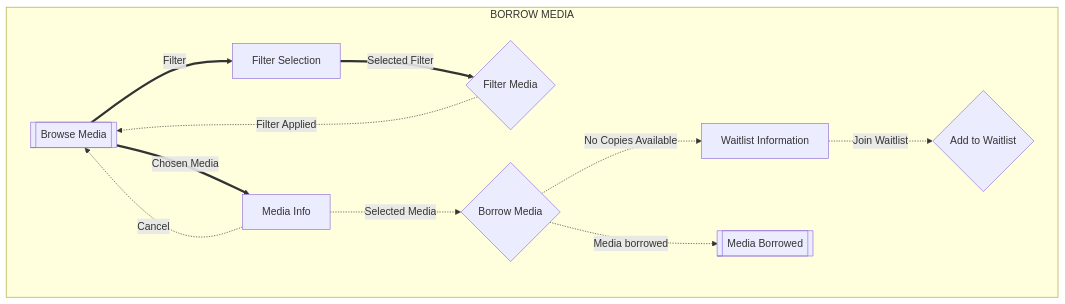
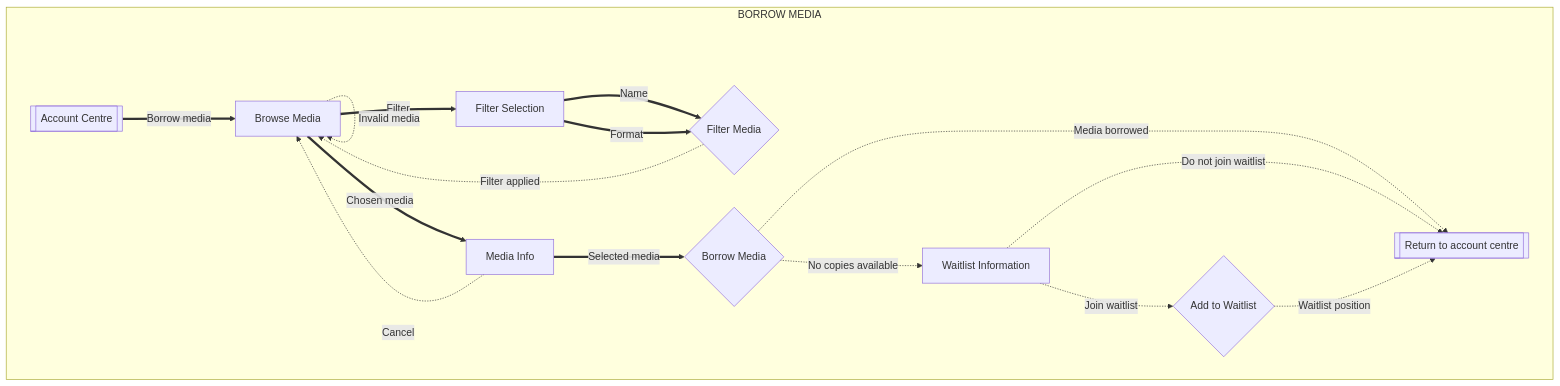
One commit to samanthaegilson/LibrarySystem changed the second of 6 diagrams in README.md. Above: the diagram before and after it, drawn with Mermaid. The commit also changed other lines of this file and 31 other files, not shown here.

````diff
--- a/README.md
+++ b/README.md
@@ -67,30 +68,37 @@
 ```mermaid
 flowchart
     subgraph BORROW MEDIA
+        accountCentre[[Account Centre]]
         %% Account for constraints?
-        browseMedia[[Browse Media]]
+        browseMedia[Browse Media]
+        
+        accountCentre ==Borrow media==> browseMedia
         
         filterSelection[Filter Selection]
         filterMedia{Filter Media}
         
         browseMedia ==Filter==> filterSelection
-        filterSelection==Selected Filter==> filterMedia
-        filterMedia-.Filter Applied.->browseMedia
-        browseMedia ==Chosen Media==> mediaInfo
+        browseMedia -.Invalid media.-> browseMedia
+        filterSelection ==Name==> filterMedia
+        filterSelection ==Format==> filterMedia
+        filterMedia -.Filter applied.-> browseMedia
+        browseMedia ==Chosen media==> mediaInfo
         
         mediaInfo[Media Info]
         borrowMedia{Borrow Media}
-        mediaBorrowed[[Media Borrowed]]
+        returnAccountCentre[[Return to account centre]]
         
-        mediaInfo-.Cancel.->browseMedia
-        mediaInfo-.Selected Media.->borrowMedia
-        borrowMedia-.No Copies Available.->waitlistInformation
-        borrowMedia-.Media borrowed.-> mediaBorrowed
+        mediaInfo -.Cancel.-> browseMedia
+        mediaInfo ==Selected media==> borrowMedia
+        borrowMedia -.No copies available.-> waitlistInformation
+        borrowMedia -.Media borrowed.-> returnAccountCentre
 
         waitlistInformation[Waitlist Information]
         addToWaitlist{Add to Waitlist}
         
-        waitlistInformation-.Join Waitlist.-> addToWaitlist
+        waitlistInformation -.Join waitlist.-> addToWaitlist
+        waitlistInformation -.Do not join waitlist.-> returnAccountCentre
+        addToWaitlist -.Waitlist position.-> returnAccountCentre
         
     end
 ```
````
